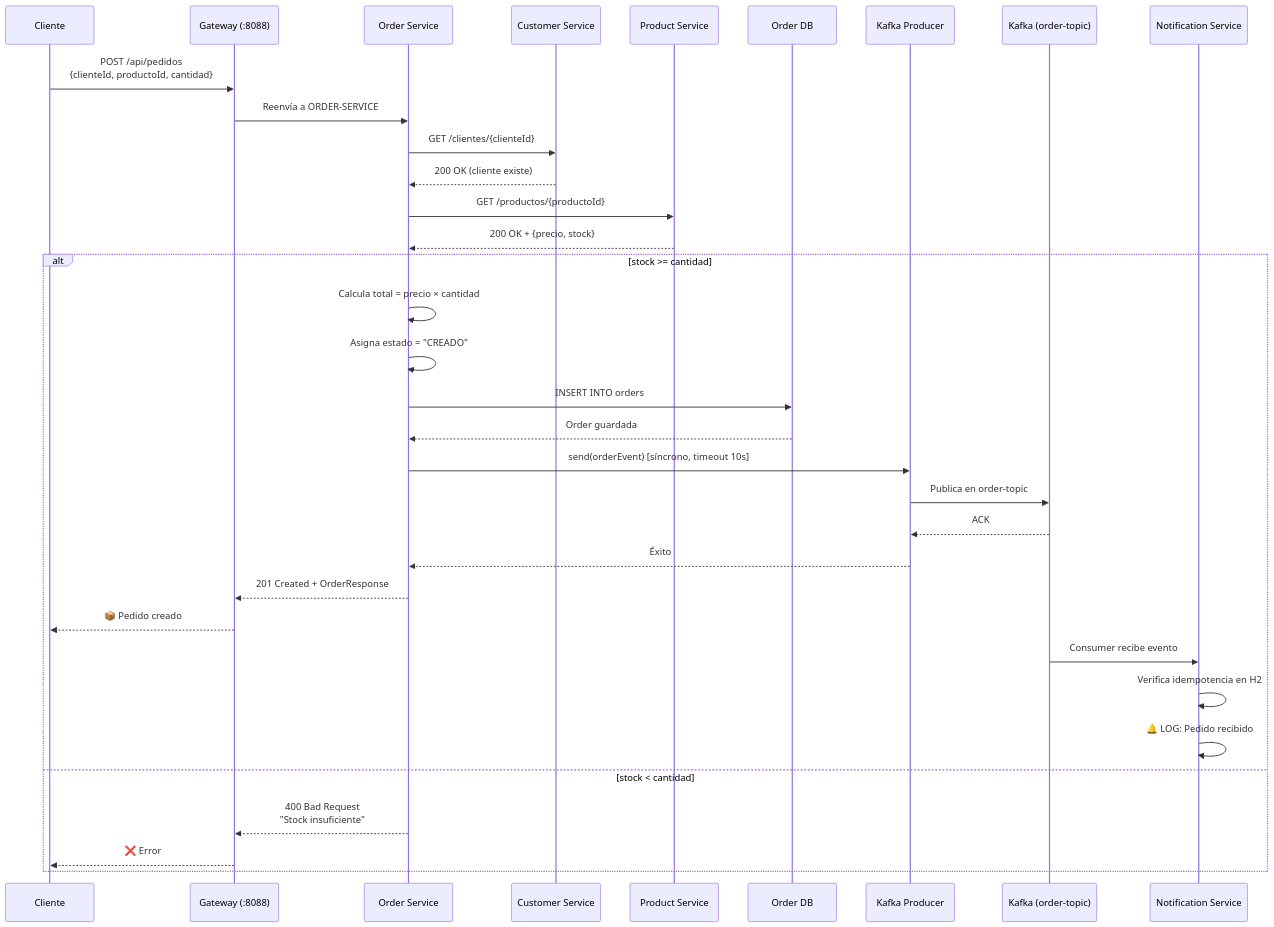
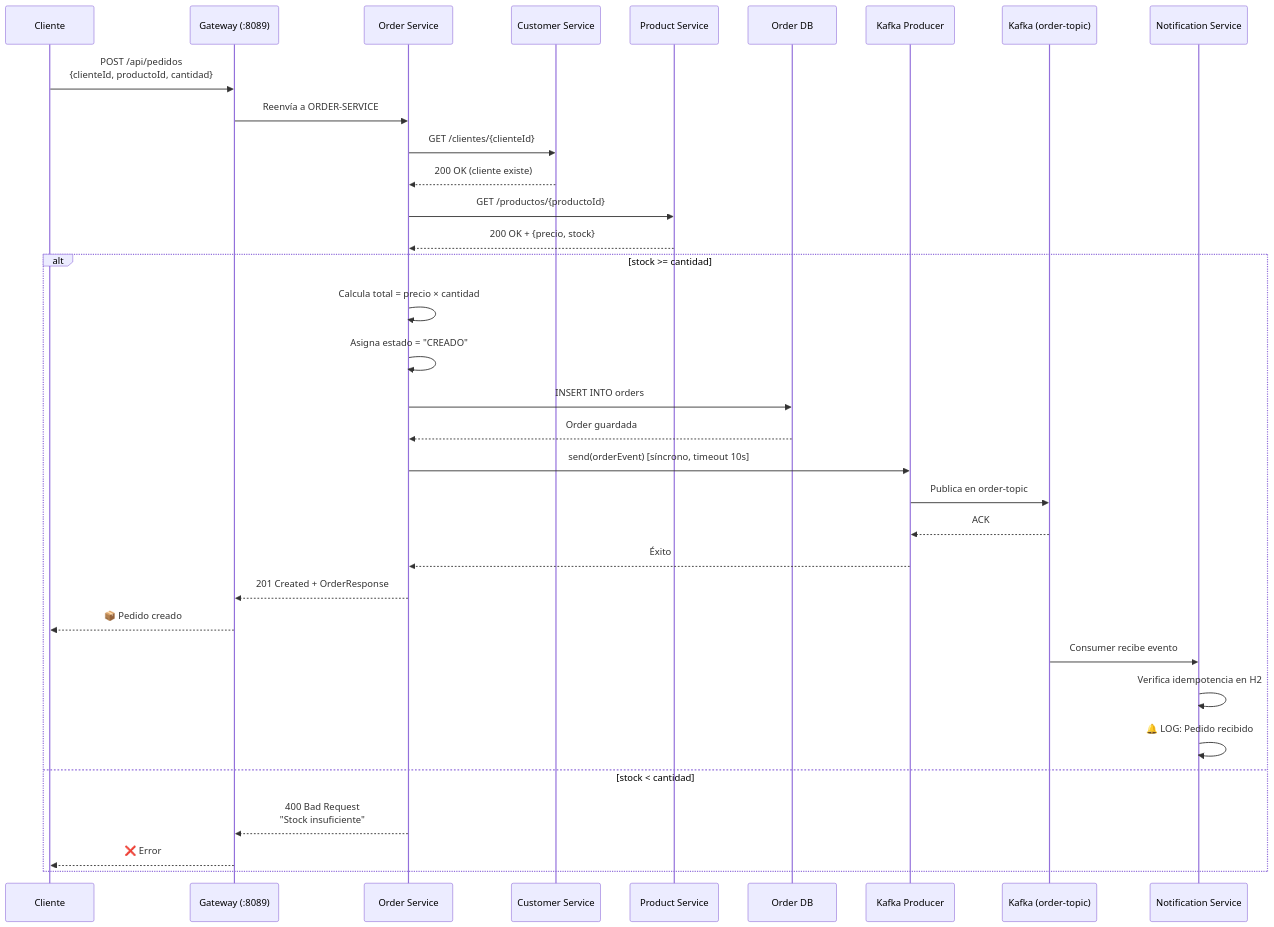
Before and after one commit to gibran-guzman/microservices-with-kafka: the second of 5 diagrams in ARCHITECTURE.md, drawn with Mermaid. The commit also changed other lines of this file and 8 other files, not shown here.

````diff
--- a/ARCHITECTURE.md
+++ b/ARCHITECTURE.md
@@ -82,44 +82,44 @@
 ```mermaid
 sequenceDiagram
     participant C as Cliente
-    participant GW as Gateway (:8088)
+    participant GW as Gateway (:8089)
     participant OS as Order Service
     participant CS as Customer Service
     participant PS as Product Service
     participant DB as Order DB
     participant KP as Kafka Producer
     participant K as Kafka (order-topic)
     participant NS as Notification Service
 
     C->>GW: POST /api/pedidos<br/>{clienteId, productoId, cantidad}
     GW->>OS: Reenvía a ORDER-SERVICE
 
     OS->>CS: GET /clientes/{clienteId}
     CS-->>OS: 200 OK (cliente existe)
 
     OS->>PS: GET /productos/{productoId}
     PS-->>OS: 200 OK + {precio, stock}
 
     alt stock >= cantidad
         OS->>OS: Calcula total = precio × cantidad
         OS->>OS: Asigna estado = "CREADO"
         OS->>DB: INSERT INTO orders
         DB-->>OS: Order guardada
 
         OS->>KP: send(orderEvent) [síncrono, timeout 10s]
         KP->>K: Publica en order-topic
         K-->>KP: ACK
         KP-->>OS: Éxito
 
         OS-->>GW: 201 Created + OrderResponse
         GW-->>C: 📦 Pedido creado
 
         K->>NS: Consumer recibe evento
         NS->>NS: Verifica idempotencia en H2
         NS->>NS: 🔔 LOG: Pedido recibido
 
     else stock < cantidad
         OS-->>GW: 400 Bad Request<br/>"Stock insuficiente"
         GW-->>C: ❌ Error
     end
 ```
````
